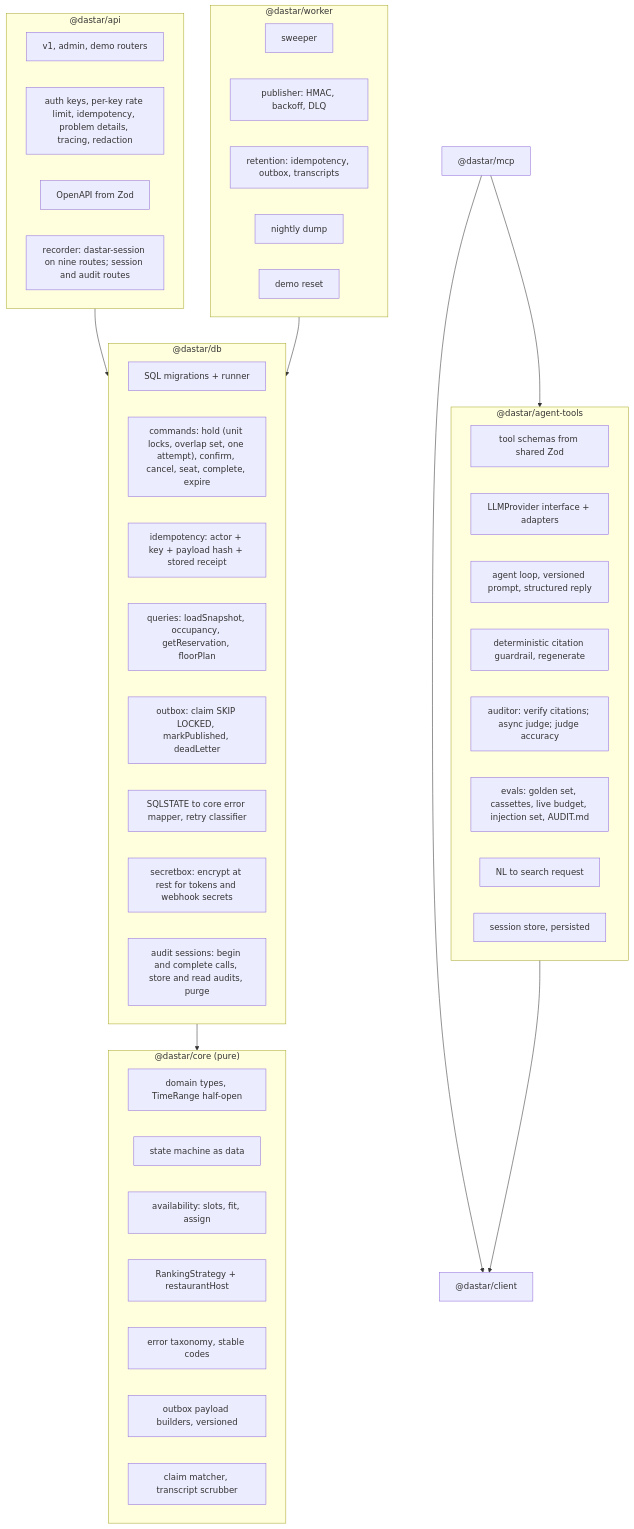
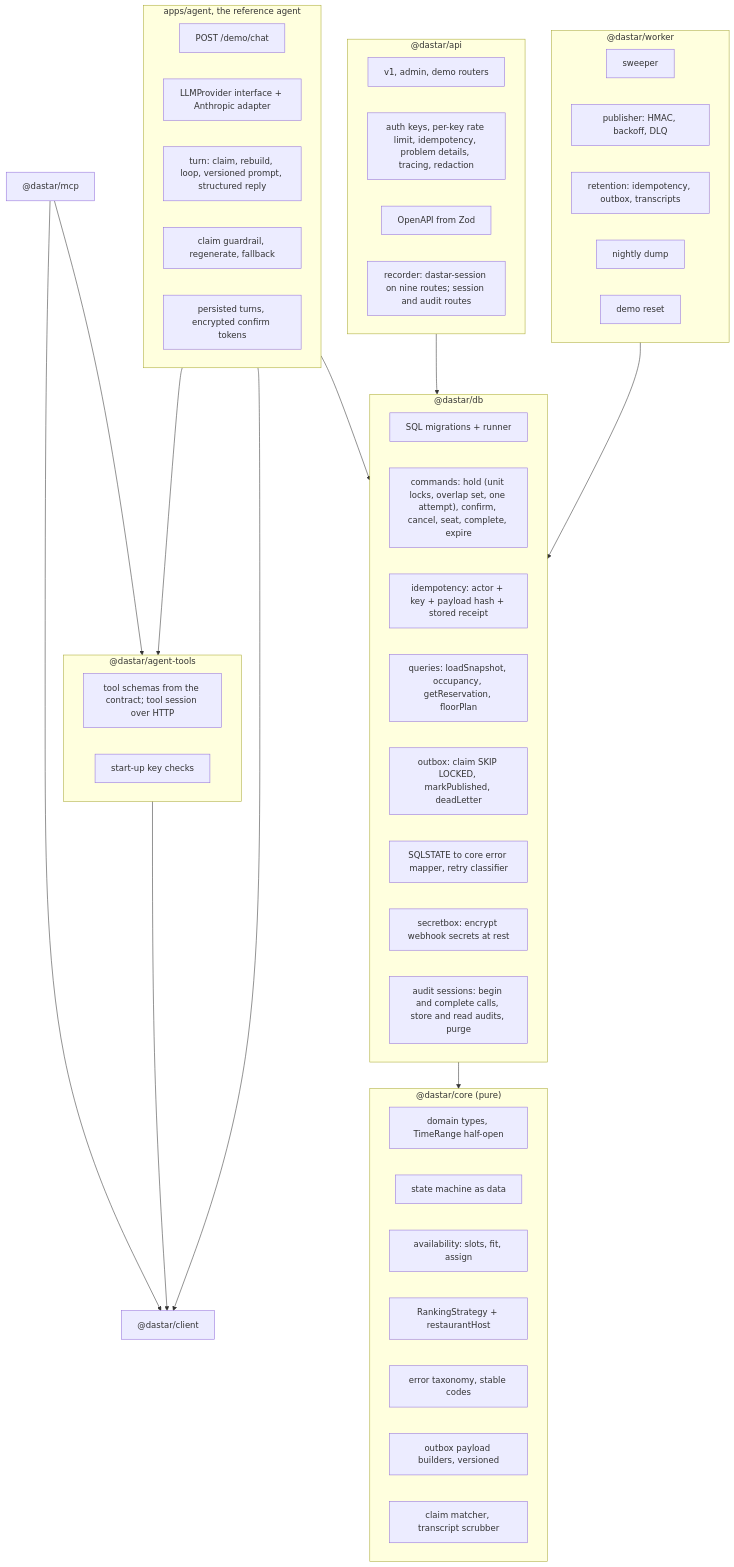
The third of 3 diagrams in docs/design/design.md (Zhan017/dastar), drawn with Mermaid before and after one commit. The commit also changed other lines of this file and 5 other files, not shown here.

````diff
--- a/docs/design/design.md
+++ b/docs/design/design.md
@@ -184,53 +188,57 @@
 ```mermaid
 flowchart TB
   subgraph core["@dastar/core (pure)"]
     dom["domain types, TimeRange half-open"]
     sm["state machine as data"]
     avail["availability: slots, fit, assign"]
     rank["RankingStrategy + restaurantHost"]
     errs["error taxonomy, stable codes"]
     events["outbox payload builders, versioned"]
     claims["claim matcher, transcript scrubber"]
   end
   subgraph db["@dastar/db"]
     mig["SQL migrations + runner"]
     cmd["commands: hold (unit locks, overlap set, one attempt), confirm, cancel, seat, complete, expire"]
     idem["idempotency: actor + key + payload hash + stored receipt"]
     snap["queries: loadSnapshot, occupancy, getReservation, floorPlan"]
     outbox["outbox: claim SKIP LOCKED, markPublished, deadLetter"]
     map["SQLSTATE to core error mapper, retry classifier"]
-    crypto["secretbox: encrypt at rest for tokens and webhook secrets"]
+    crypto["secretbox: encrypt webhook secrets at rest"]
     asess["audit sessions: begin and complete calls, store and read audits, purge"]
   end
   subgraph api["@dastar/api"]
     routes["v1, admin, demo routers"]
     mw["auth keys, per-key rate limit, idempotency, problem details, tracing, redaction"]
     oapi["OpenAPI from Zod"]
     rec["recorder: dastar-session on nine routes; session and audit routes"]
   end
   subgraph worker["@dastar/worker"]
     sweep["sweeper"]
     pub["publisher: HMAC, backoff, DLQ"]
     retention["retention: idempotency, outbox, transcripts"]
     backup["nightly dump"]
     reset["demo reset"]
   end
-  subgraph agent["@dastar/agent-tools"]
-    tools["tool schemas from shared Zod"]
-    prov["LLMProvider interface + adapters"]
-    loop["agent loop, versioned prompt, structured reply"]
-    guard["deterministic citation guardrail, regenerate"]
-    audit["auditor: verify citations; async judge; judge accuracy"]
-    evals["evals: golden set, cassettes, live budget, injection set, AUDIT.md"]
-    parse["NL to search request"]
-    sess["session store, persisted"]
+  subgraph atools["@dastar/agent-tools"]
+    tools["tool schemas from the contract; tool session over HTTP"]
+    keycheck["start-up key checks"]
+  end
+  subgraph agent["apps/agent, the reference agent"]
+    route["POST /demo/chat"]
+    prov["LLMProvider interface + Anthropic adapter"]
+    loop["turn: claim, rebuild, loop, versioned prompt, structured reply"]
+    guard["claim guardrail, regenerate, fallback"]
+    sess["persisted turns, encrypted confirm tokens"]
   end
   mcp["@dastar/mcp"]
   client["@dastar/client"]
   db --> core
   api --> db
   worker --> db
+  atools --> client
+  agent --> atools
   agent --> client
-  mcp --> agent
+  agent --> db
+  mcp --> atools
   mcp --> client
 ```
````
